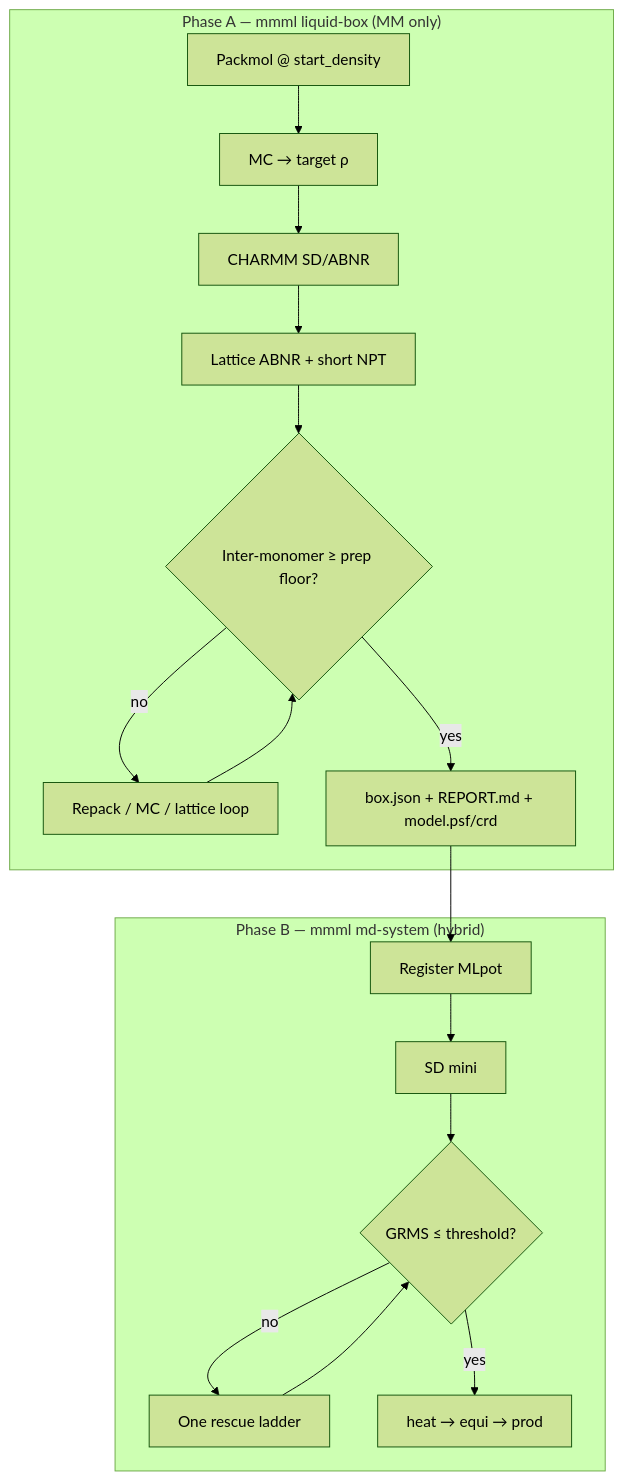
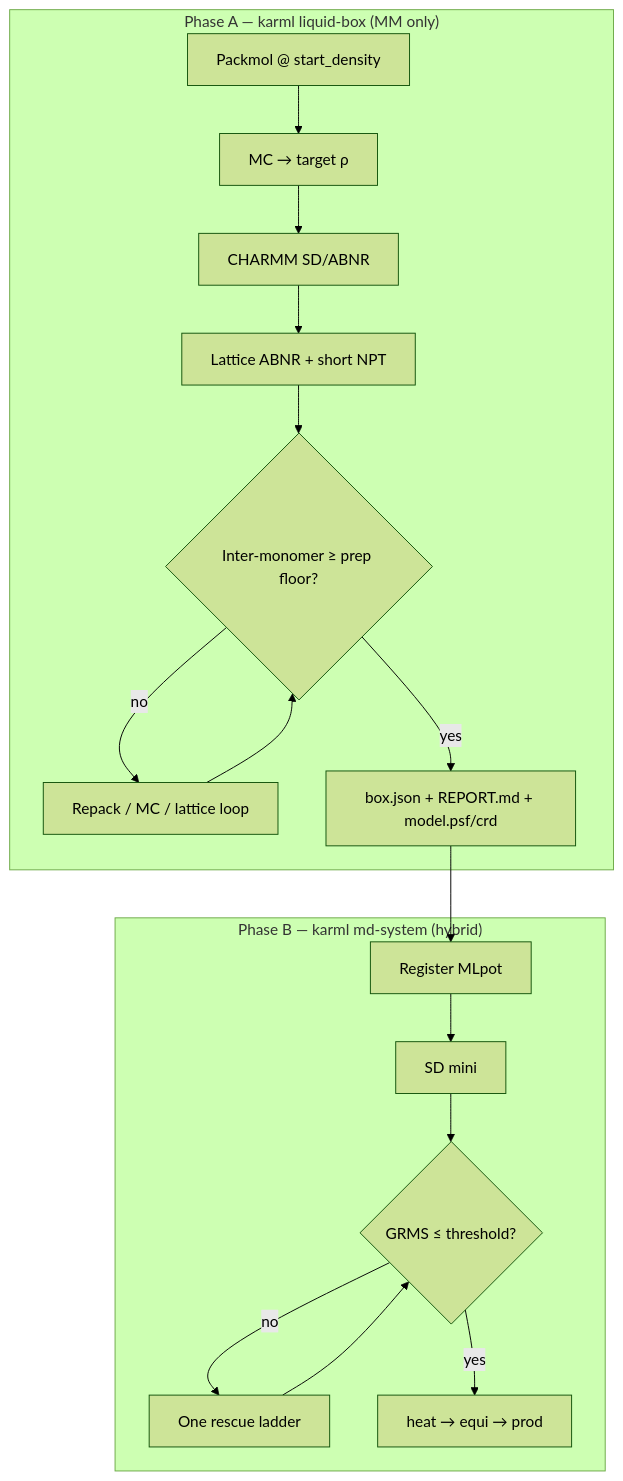
The diagram in docs/liquid-box-workflow.md (EricBoittier/mmml), drawn with Mermaid (forest theme) before and after one commit. The commit also changed other lines of this file and 2421 other files, not shown here.

First line of the commit message:
Refactor project references from MMML to KARML

````diff
--- a/docs/liquid-box-workflow.md
+++ b/docs/liquid-box-workflow.md
@@ -36,26 +36,26 @@
 ```mermaid
 flowchart TD
-  subgraph phaseA ["Phase A — mmml liquid-box (MM only)"]
+  subgraph phaseA ["Phase A — karml liquid-box (MM only)"]
     A1[Packmol @ start_density]
     A2[MC → target ρ]
     A3[CHARMM SD/ABNR]
     A4[Lattice ABNR + short NPT]
     A5{Inter-monomer ≥ prep floor?}
     A1 --> A2 --> A3 --> A4 --> A5
     A5 -->|no| A6[Repack / MC / lattice loop]
     A6 --> A5
     A5 -->|yes| CERT["box.json + REPORT.md + model.psf/crd"]
   end
 
-  subgraph phaseB ["Phase B — mmml md-system (hybrid)"]
+  subgraph phaseB ["Phase B — karml md-system (hybrid)"]
     B1[Register MLpot]
     B2[SD mini]
     B3{GRMS ≤ threshold?}
     B1 --> B2 --> B3
     B3 -->|no| B4[One rescue ladder]
     B4 --> B3
     B3 -->|yes| B5[heat → equi → prod]
   end
 
   CERT --> B1
 ```
````
